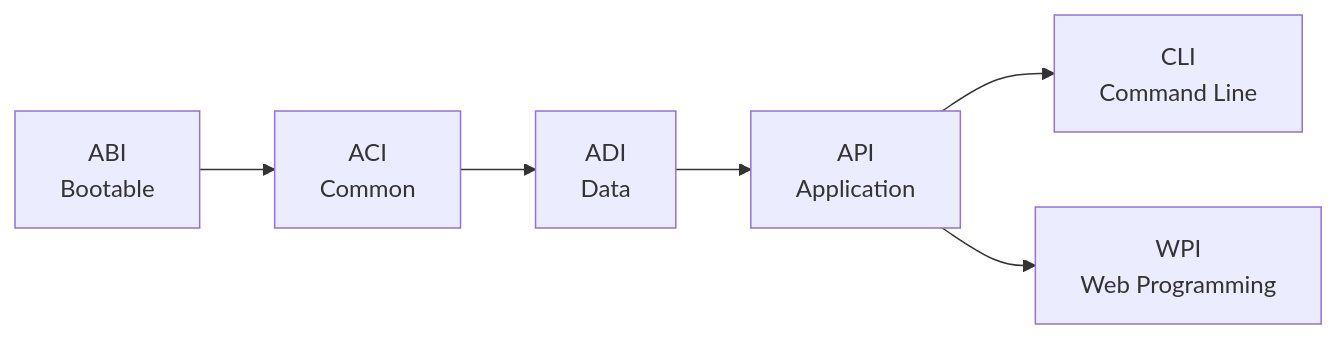
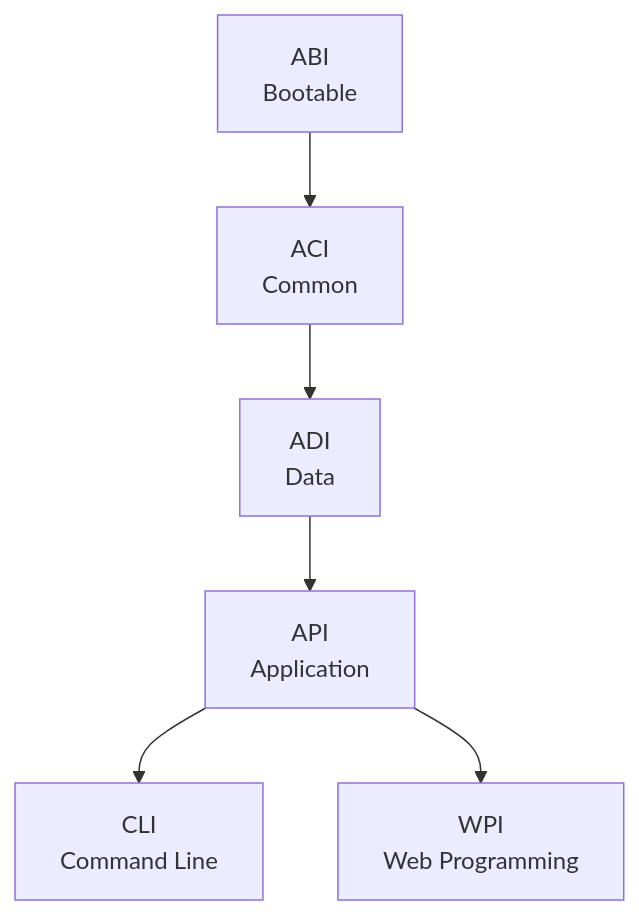
One commit to bootgly/bootgly_docs changed the first of 2 diagrams in src/pages/manual/Bootgly/basic/architecture.overview.en-US.md. Above: the diagram before and after it, drawn with Mermaid. The commit also changed 1 other file, not shown here.

Commit message:
fix: update mermaid graph direction from LR to TB for better visualization

````diff
--- a/src/pages/manual/Bootgly/basic/architecture.overview.en-US.md
+++ b/src/pages/manual/Bootgly/basic/architecture.overview.en-US.md
@@ -42,8 +42,8 @@
 ```mermaid
-graph LR
+graph TB
   ABI["ABI\nBootable"] --> ACI["ACI\nCommon"]
   ACI --> ADI["ADI\nData"]
   ADI --> API["API\nApplication"]
   API --> CLI["CLI\nCommand Line"]
   API --> WPI["WPI\nWeb Programming"]
 ```
````
